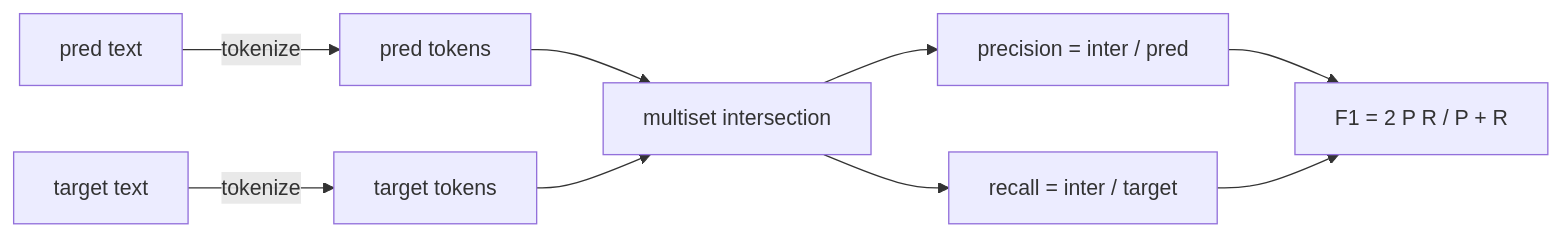
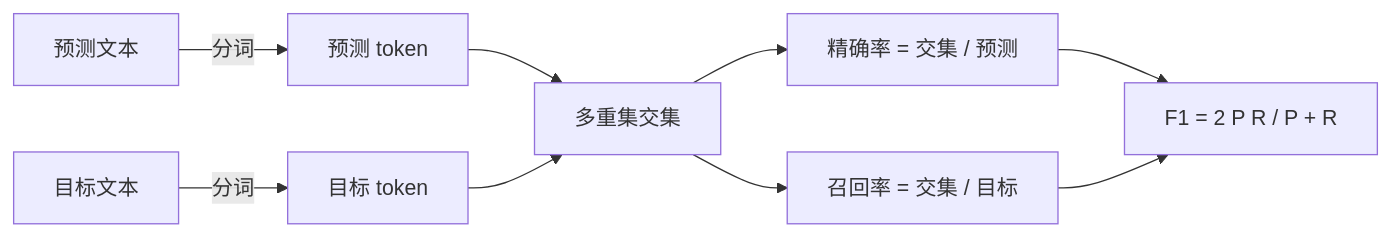
One commit to guangningsun/ailearning changed the first of 2 diagrams in lessons/19-capstone-projects/71-classical-metrics/docs/zh.md. Above: the diagram before and after it, drawn with Mermaid. The commit also changed other lines of this file and 85 other files, not shown here.

````diff
--- a/lessons/19-capstone-projects/71-classical-metrics/docs/zh.md
+++ b/lessons/19-capstone-projects/71-classical-metrics/docs/zh.md
@@ -49,11 +49,11 @@
 ```mermaid
 flowchart LR
-    A[pred text] -->|tokenize| P[pred tokens]
-    B[target text] -->|tokenize| T[target tokens]
-    P --> X[multiset intersection]
+    A[预测文本] -->|分词| P[预测 token]
+    B[目标文本] -->|分词| T[目标 token]
+    P --> X[多重集交集]
     T --> X
-    X --> PR[precision = inter / pred]
-    X --> RE[recall = inter / target]
+    X --> PR[精确率 = 交集 / 预测]
+    X --> RE[召回率 = 交集 / 目标]
     PR --> F[F1 = 2 P R / P + R]
     RE --> F
 ```
````
